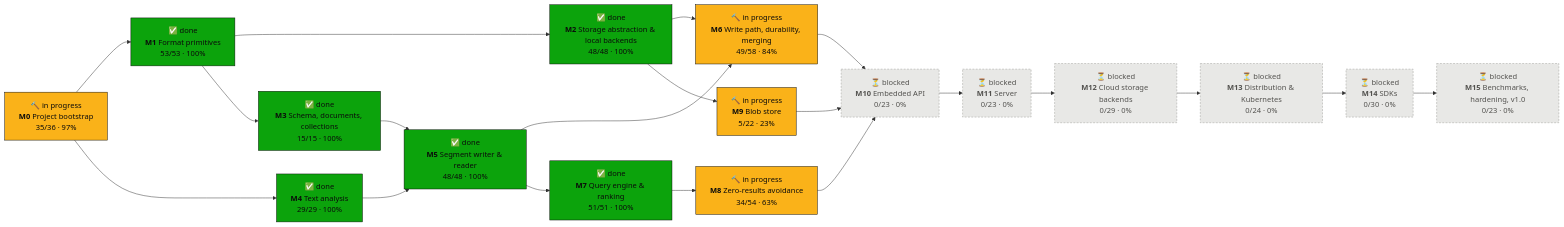
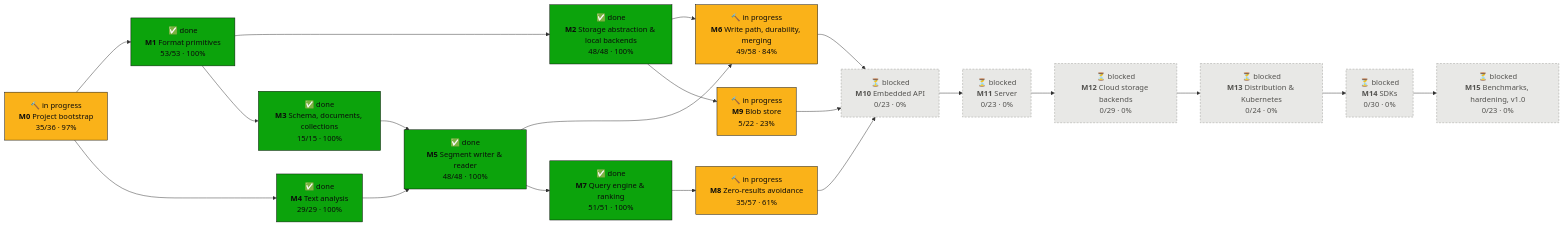
One commit to tomiok/persiaDB changed the first of 2 diagrams in PROGRESS.md. Above: the diagram before and after it, drawn with Mermaid. The commit also changed other lines of this file and 8 other files, not shown here.

First line of the commit message:
L1 over default fields that analyze apart in the differential suite (ROADMAP 8.1.24) (#103)

````diff
--- a/PROGRESS.md
+++ b/PROGRESS.md
@@ -16,42 +16,42 @@
 ```mermaid
 flowchart LR
   M0["🔨 in progress<br/><b>M0</b> Project bootstrap<br/>35/36 · 97%"]:::doing
   M1["✅ done<br/><b>M1</b> Format primitives<br/>53/53 · 100%"]:::done
   M2["✅ done<br/><b>M2</b> Storage abstraction & local backends<br/>48/48 · 100%"]:::done
   M3["✅ done<br/><b>M3</b> Schema, documents, collections<br/>15/15 · 100%"]:::done
   M4["✅ done<br/><b>M4</b> Text analysis<br/>29/29 · 100%"]:::done
   M5["✅ done<br/><b>M5</b> Segment writer & reader<br/>48/48 · 100%"]:::done
   M6["🔨 in progress<br/><b>M6</b> Write path, durability, merging<br/>49/58 · 84%"]:::doing
   M7["✅ done<br/><b>M7</b> Query engine & ranking<br/>51/51 · 100%"]:::done
-  M8["🔨 in progress<br/><b>M8</b> Zero-results avoidance<br/>34/54 · 63%"]:::doing
+  M8["🔨 in progress<br/><b>M8</b> Zero-results avoidance<br/>35/57 · 61%"]:::doing
   M9["🔨 in progress<br/><b>M9</b> Blob store<br/>5/22 · 23%"]:::doing
   M10["⏳ blocked<br/><b>M10</b> Embedded API<br/>0/23 · 0%"]:::blocked
   M11["⏳ blocked<br/><b>M11</b> Server<br/>0/23 · 0%"]:::blocked
   M12["⏳ blocked<br/><b>M12</b> Cloud storage backends<br/>0/29 · 0%"]:::blocked
   M13["⏳ blocked<br/><b>M13</b> Distribution & Kubernetes<br/>0/24 · 0%"]:::blocked
   M14["⏳ blocked<br/><b>M14</b> SDKs<br/>0/30 · 0%"]:::blocked
   M15["⏳ blocked<br/><b>M15</b> Benchmarks, hardening, v1.0<br/>0/23 · 0%"]:::blocked
   M0 --> M1
   M1 --> M2
   M1 --> M3
   M0 --> M4
   M3 --> M5
   M4 --> M5
   M2 --> M6
   M5 --> M6
   M5 --> M7
   M7 --> M8
   M2 --> M9
   M6 --> M10
   M8 --> M10
   M9 --> M10
   M10 --> M11
   M11 --> M12
   M12 --> M13
   M13 --> M14
   M14 --> M15
   classDef done fill:#0ca30c,stroke:#0b0b0b,color:#0b0b0b
   classDef doing fill:#fab219,stroke:#0b0b0b,color:#0b0b0b
   classDef ready fill:#fcfcfb,stroke:#0b0b0b,stroke-width:2px,color:#0b0b0b
   classDef blocked fill:#e8e8e6,stroke:#9a9a96,stroke-dasharray:4 3,color:#52514e
 ```
````
